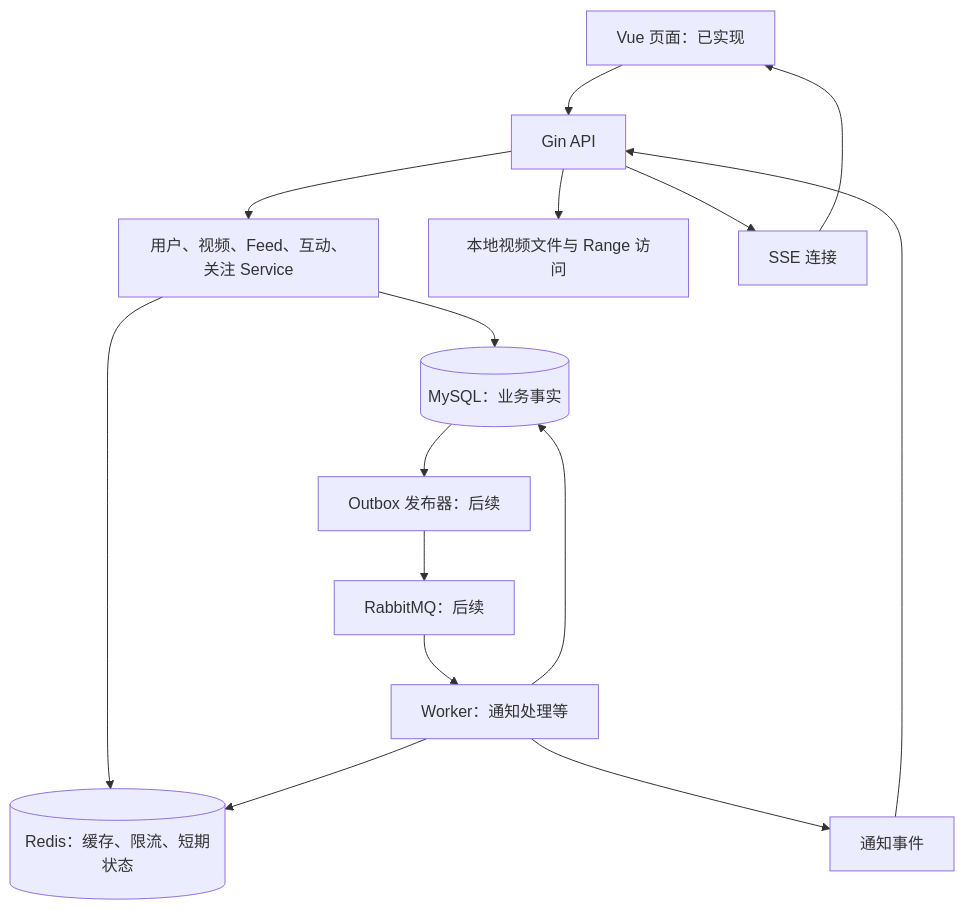
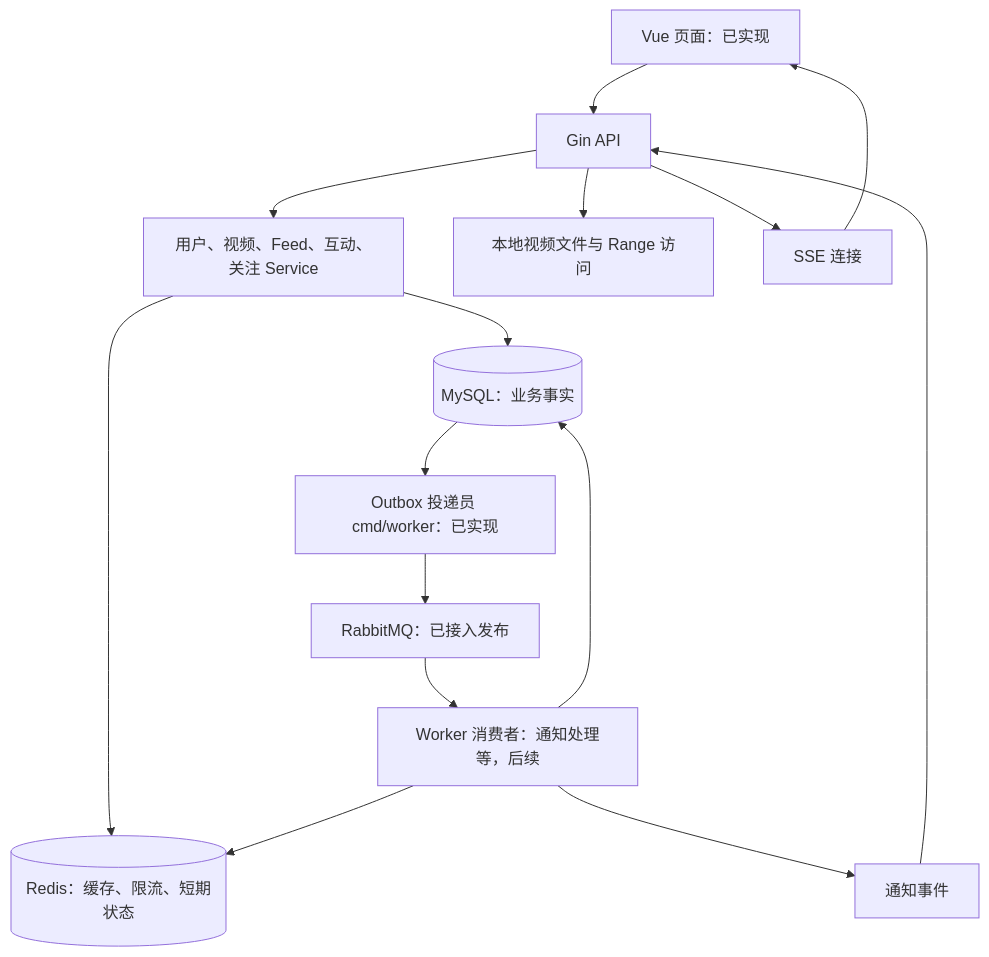
Before and after one commit to P3anut3/GoStream: the second of 2 diagrams in docs/learning/00_project_roadmap.md, drawn with Mermaid. The commit also changed other lines of this file and 22 other files, not shown here.

First line of the commit message:
feat: relay outbox events to RabbitMQ

````diff
--- a/docs/learning/00_project_roadmap.md
+++ b/docs/learning/00_project_roadmap.md
@@ -62,17 +62,17 @@
 ```mermaid
 flowchart TD
     UI[Vue 页面：已实现] --> API[Gin API]
     API --> S[用户、视频、Feed、互动、关注 Service]
     S --> DB[(MySQL：业务事实)]
     S --> CACHE[(Redis：缓存、限流、短期状态)]
     API --> MEDIA[本地视频文件与 Range 访问]
-    DB --> OUT[Outbox 发布器：后续]
-    OUT --> MQ[RabbitMQ：后续]
-    MQ --> W[Worker：通知处理等]
+    DB --> OUT[Outbox 投递员 cmd/worker：已实现]
+    OUT --> MQ[RabbitMQ：已接入发布]
+    MQ --> W[Worker 消费者：通知处理等，后续]
     W --> DB
     W --> CACHE
     W --> N[通知事件]
     N --> API
     API --> SSE[SSE 连接]
     SSE --> UI
 ```
````
